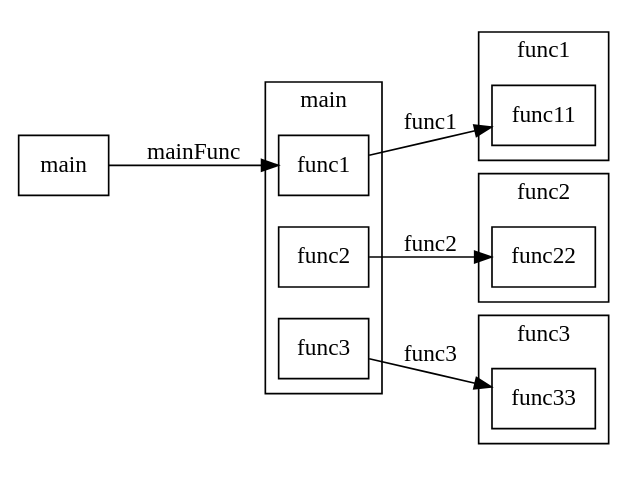
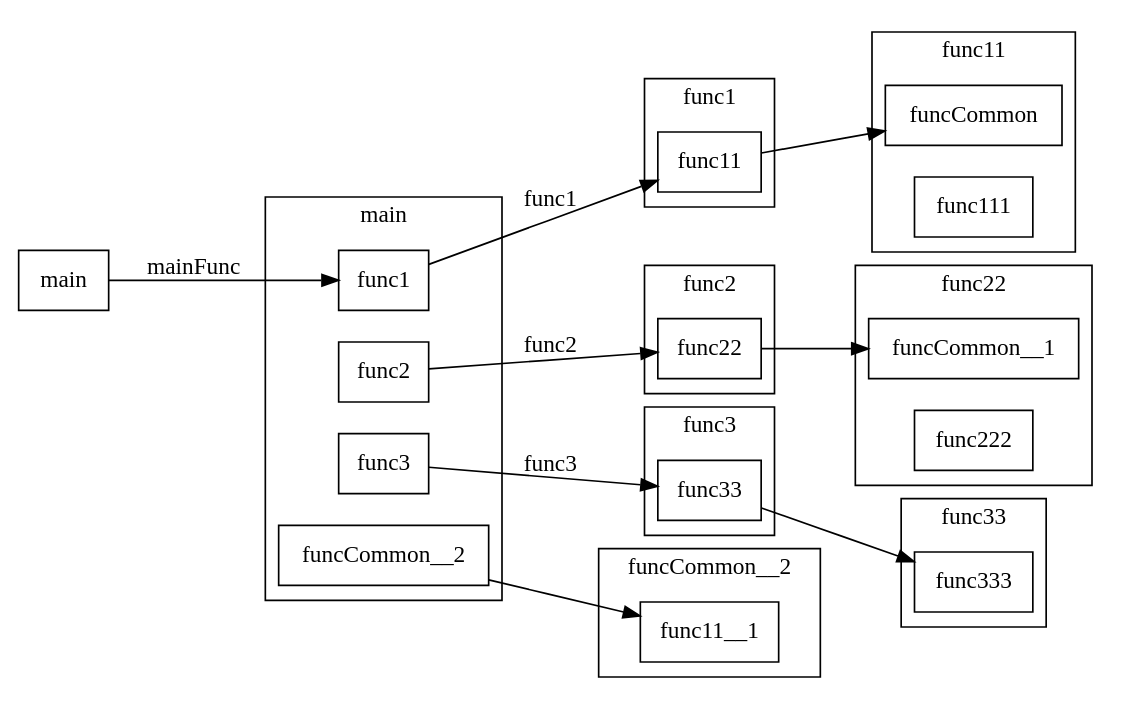
One commit to Wusuluren/conf changed the diagram in graphviz/test.dot. Above: the diagram before and after it, drawn with Graphviz. The commit also changed 3 other files, not shown here.

```diff
--- a/graphviz/test.dot
+++ b/graphviz/test.dot
@@ -1,31 +1,54 @@
 
 digraph G {
 	rankdir=LR
 	edge [fontname="Microsoft YaHei"]
 	node [shape=record, fontname="Microsoft YaHei"]	
     main
-		subgraph cluster_main {
+	subgraph cluster_main {
 		label=main
 		func1;
 		func2;
 		func3;
+		funcCommon__2;
 	}
 	subgraph cluster_func1 {
 		label=func1
 		func11;
 	}
 	subgraph cluster_func2 {
 		label=func2
 		func22;
 	}
 	subgraph cluster_func3 {
 		label=func3
 		func33;
 	}
+	subgraph cluster_funcCommon__2 {
+		label=funcCommon__2
+		func11__1;
+	}
+	subgraph cluster_func11 {
+		label=func11
+		funcCommon;
+		func111;
+	}
+	subgraph cluster_func22 {
+		label=func22
+		funcCommon__1;
+		func222;
+	}
+	subgraph cluster_func33 {
+		label=func33
+		func333;
+	}
 	
-    	main -> func1 [label="mainFunc"]
+	main -> func1 [label="mainFunc"]
 	func1 -> func11 [label="func1"]
 	func2 -> func22 [label="func2"]
 	func3 -> func33 [label="func3"]
+	funcCommon__2 -> func11__1 [label=""]
+	func11 -> funcCommon [label=""]
+	func22 -> funcCommon__1 [label=""]
+	func33 -> func333 [label=""]
 
 }
```
